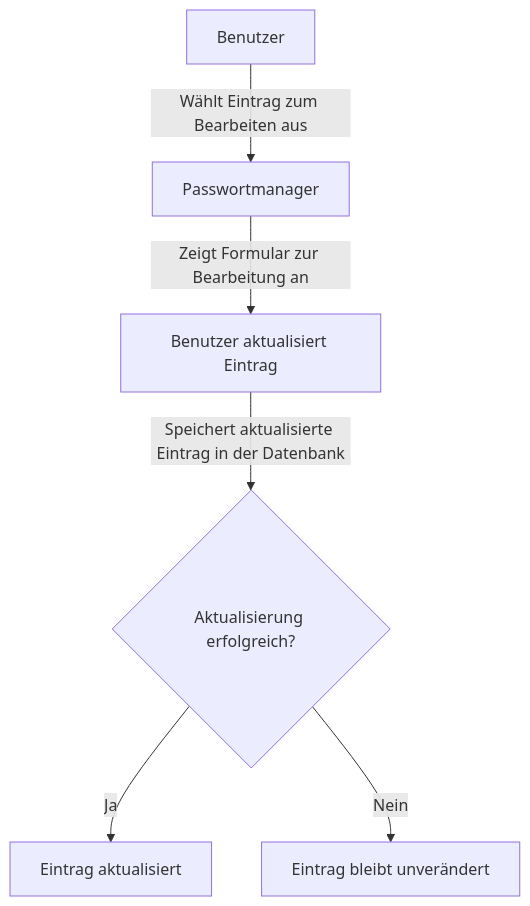
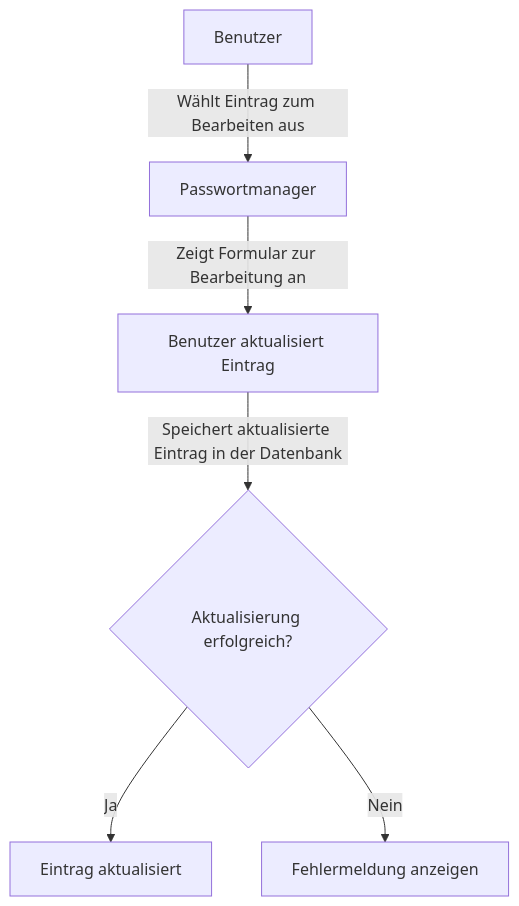
The seventh of 11 diagrams in ReadMe.md (NebelNite/Passwortmanager), drawn with Mermaid before and after one commit. The commit also changed other lines of this file and 11 other files, not shown here.

````diff
--- a/ReadMe.md
+++ b/ReadMe.md
@@ -308,8 +297,8 @@
 ```mermaid
 graph TD;
     A[Benutzer] -->|Wählt Eintrag zum Bearbeiten aus| B[Passwortmanager]
     B -->|Zeigt Formular zur Bearbeitung an| C[Benutzer aktualisiert Eintrag]
     C -->|Speichert aktualisierte Eintrag in der Datenbank| D{Aktualisierung erfolgreich?}
     D -- Ja --> E[Eintrag aktualisiert]
-    D -- Nein --> F[Eintrag bleibt unverändert]
+    D -- Nein --> F[Fehlermeldung anzeigen]
 ```
````
